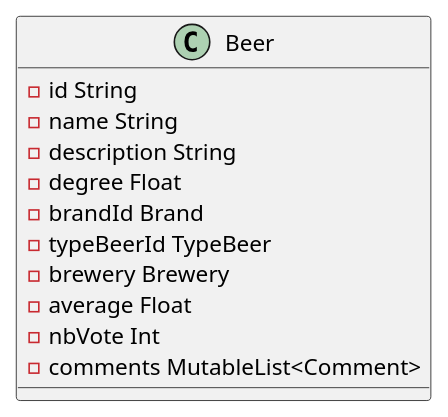
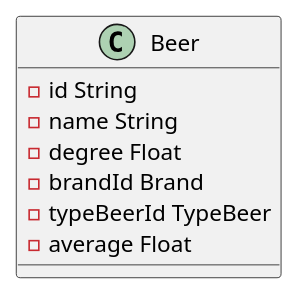
The diagram in doc/spec/models/uml/beer.puml (TheNoobProgrammeur/birudroid), drawn with PlantUML before and after one commit. The commit also changed 7 other files, not shown here.

```diff
--- a/doc/spec/models/uml/beer.puml
+++ b/doc/spec/models/uml/beer.puml
@@ -1,14 +1,10 @@
 @startuml Class Beer
 class Beer{
     - id String
     - name String
-    - description String
     - degree Float
     - brandId Brand
     - typeBeerId TypeBeer
-    - brewery Brewery
     - average Float
-    - nbVote Int
-    - comments MutableList<Comment>
 }
 @enduml
```
